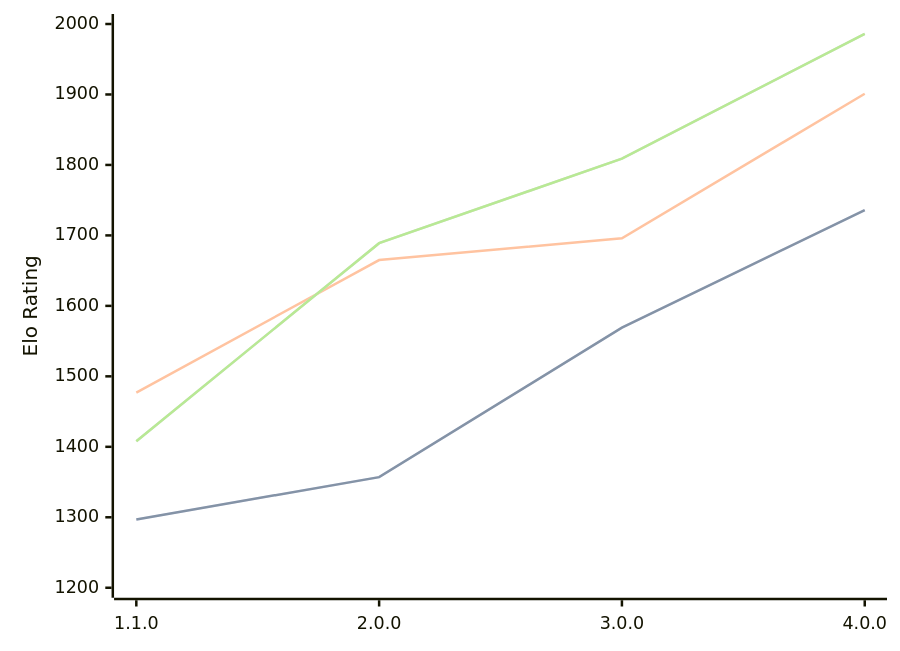
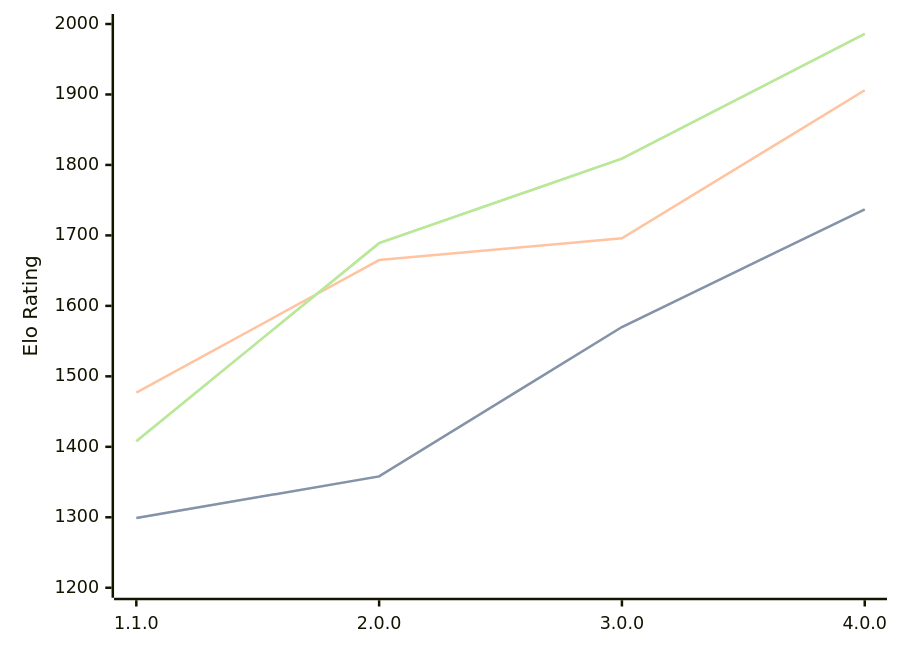
Before and after one commit to computer-chess-index/cci: the diagram in engines/Laura.md, drawn with Mermaid. The commit also changed other lines of this file, not shown here.

````diff
--- a/engines/Laura.md
+++ b/engines/Laura.md
@@ -34,11 +34,11 @@
 ```mermaid
 %%{init: {"theme":"base","themeVariables":{"seriesColors:['#a3a3a3','#222221','#faa371']}}}%%
 xychart-beta
   x-axis ["1.1.0", "2.0.0", "3.0.0", "4.0.0"]
   y-axis "Elo Rating" 1200 --> 2000
-  line "STC (8.0+0.08s)" [1297, 1357, 1569, 1736]
-  line "STC (8.0+0.08s)" [1297, 1357, 1569, 1736]
-  line "LTC (60.0+0.60s)" [1477, 1665, 1696, 1901]
+  line "STC (8.0+0.08s)" [1299, 1358, 1570, 1737]
+  line "STC (8.0+0.08s)" [1299, 1358, 1570, 1737]
+  line "LTC (60.0+0.60s)" [1477, 1665, 1696, 1906]
   line "VLTC (2m24s+1.12s)" [1408, 1689, 1809, 1986]
   line "VLTC (2m24s+1.12s)" [1408, 1689, 1809, 1986]
 ```
````
